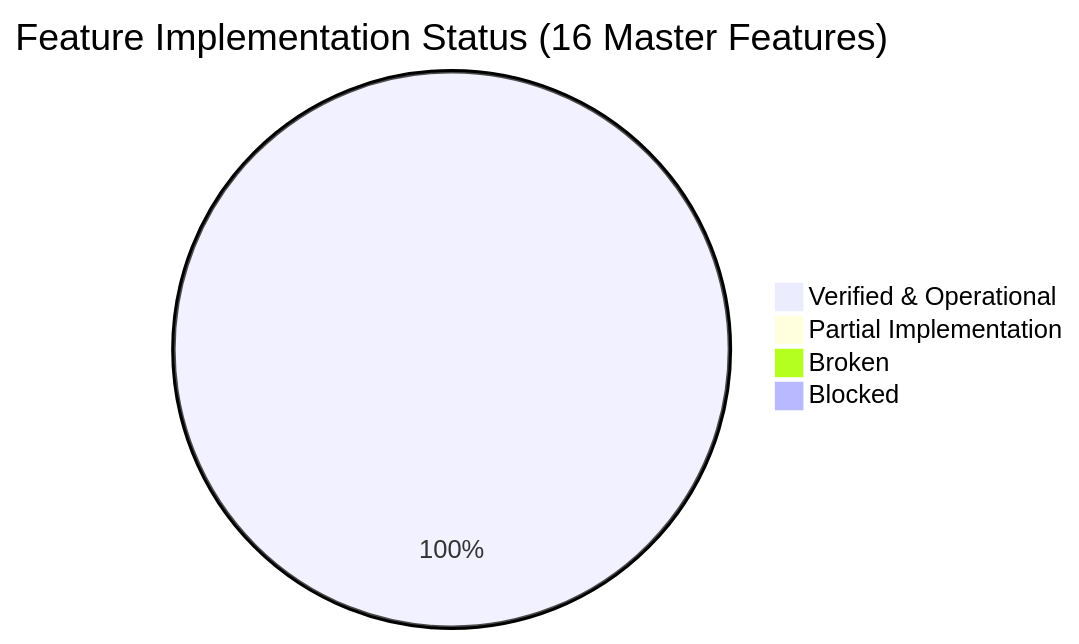
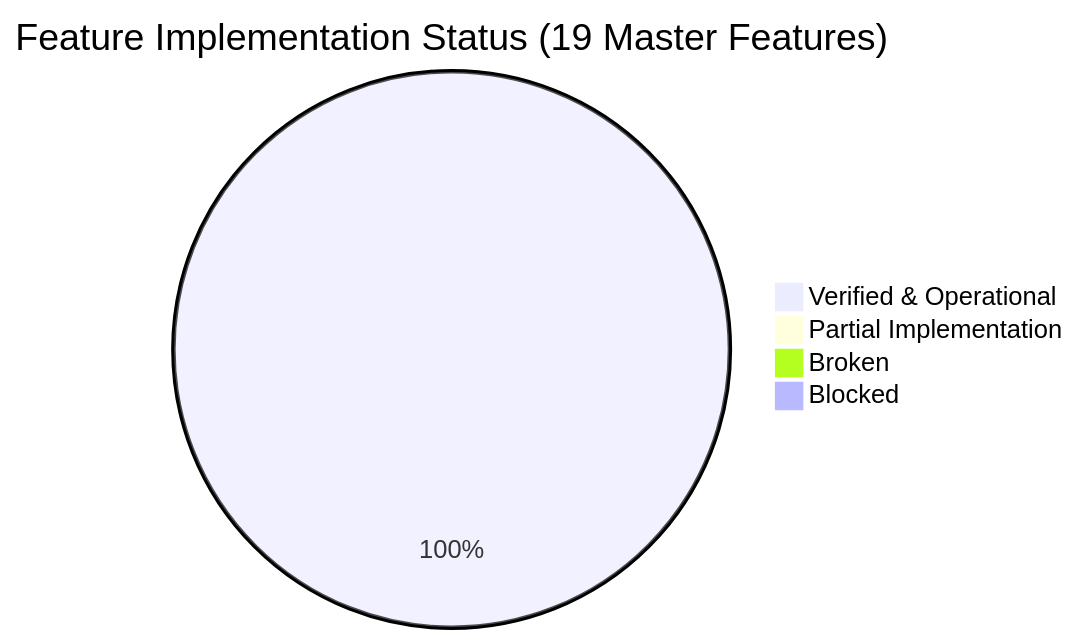
Before and after one commit to thamaracode/Friends_Dating: the first of 2 diagrams in IMPLEMENTATION_STATUS.md, drawn with Mermaid. The commit also changed other lines of this file and 14 other files, not shown here.

````diff
--- a/IMPLEMENTATION_STATUS.md
+++ b/IMPLEMENTATION_STATUS.md
@@ -11,7 +11,7 @@
 ```mermaid
-pie title Feature Implementation Status (16 Master Features)
-    "Verified & Operational" : 16
+pie title Feature Implementation Status (19 Master Features)
+    "Verified & Operational" : 19
     "Partial Implementation" : 0
     "Broken" : 0
     "Blocked" : 0
 ```
````
